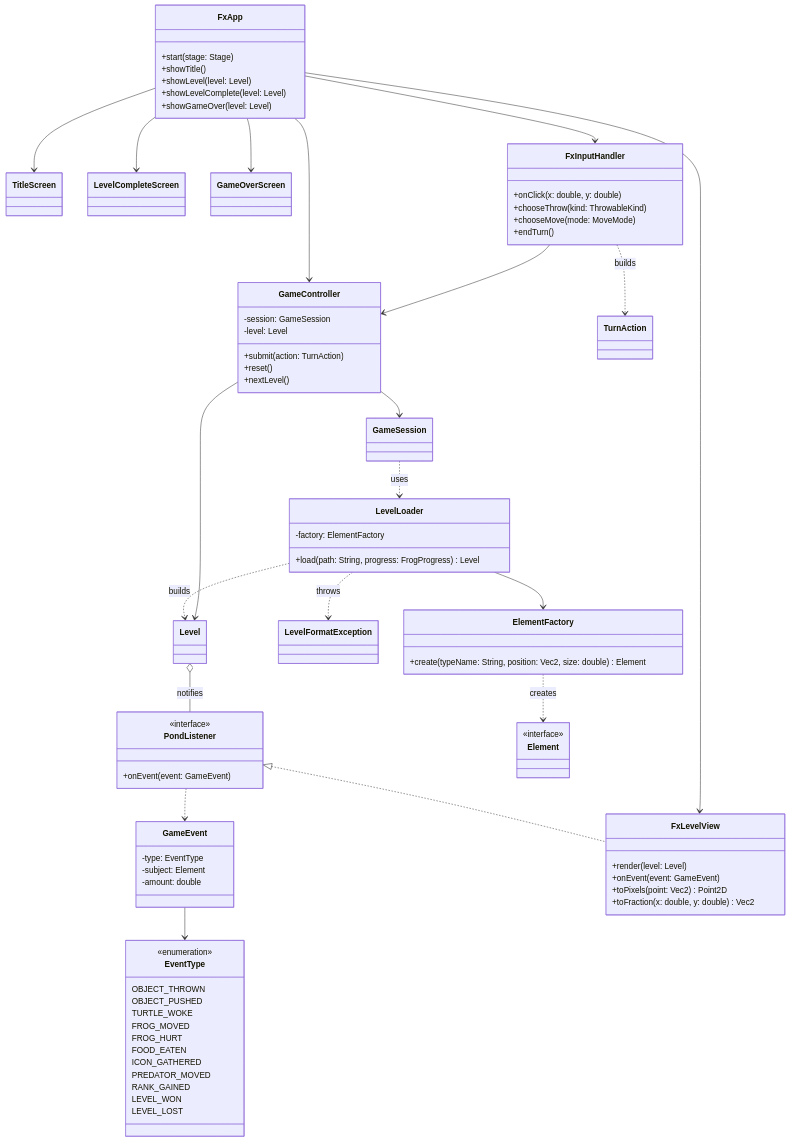
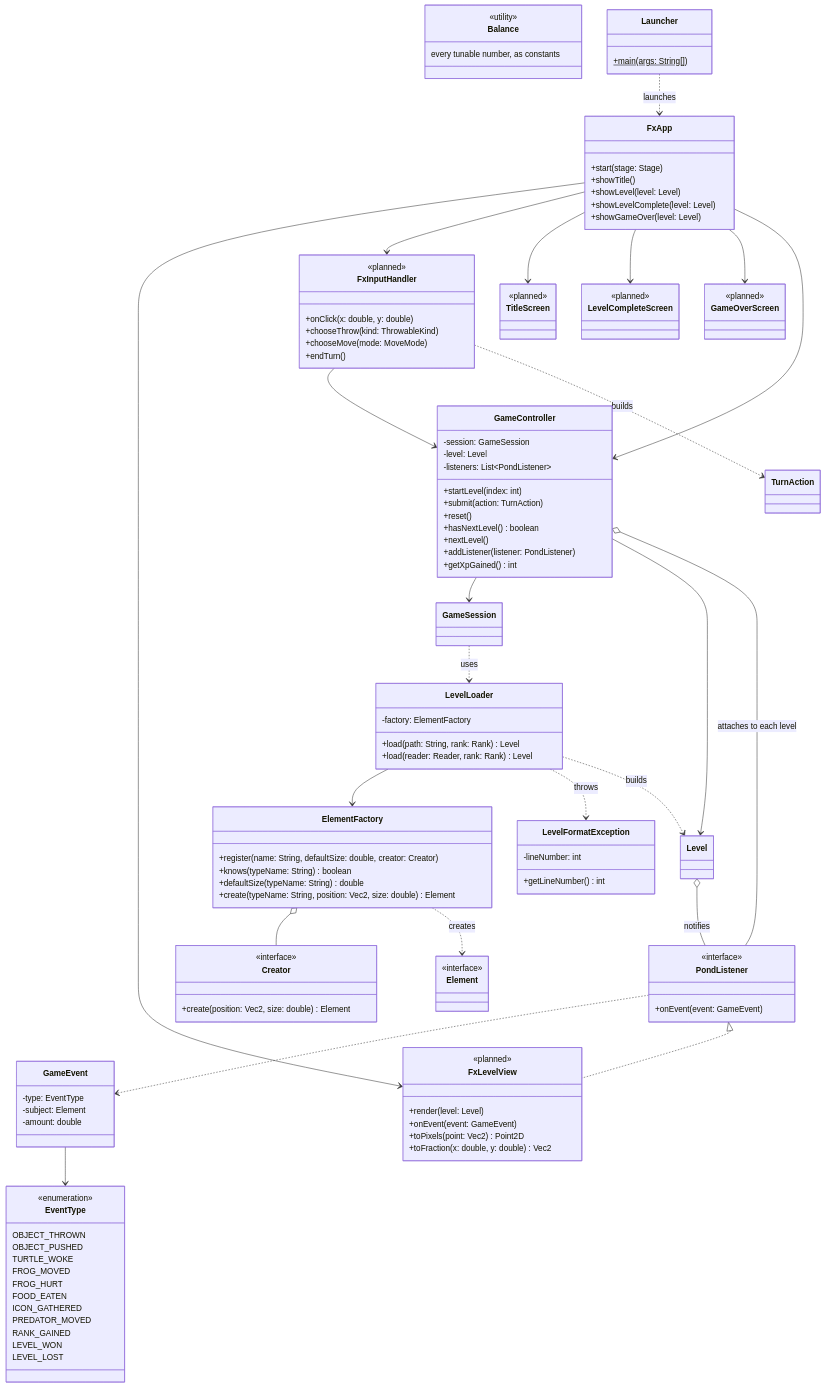
One commit to jonathandeveloper26-bit/JavaGame changed the fourth of 4 diagrams in docs/RIPPLE_POND_UML.md. Above: the diagram before and after it, drawn with Mermaid. The commit also changed other lines of this file, not shown here.

First line of the commit message:
Update the UML to version 3, matching the code (J11)

```diff
--- a/docs/RIPPLE_POND_UML.md
+++ b/docs/RIPPLE_POND_UML.md
@@ -403,12 +481,27 @@
 
 class LevelLoader {
   -factory: ElementFactory
-  +load(path: String, progress: FrogProgress) Level
+  +load(path: String, rank: Rank) Level
+  +load(reader: Reader, rank: Rank) Level
 }
 class ElementFactory {
+  +register(name: String, defaultSize: double, creator: Creator)
+  +knows(typeName: String) boolean
+  +defaultSize(typeName: String) double
   +create(typeName: String, position: Vec2, size: double) Element
 }
-class LevelFormatException
+class Creator {
+  <<interface>>
+  +create(position: Vec2, size: double) Element
+}
+class LevelFormatException {
+  -lineNumber: int
+  +getLineNumber() int
+}
+class Balance {
+  <<utility>>
+  every tunable number, as constants
+}
 class PondListener {
   <<interface>>
   +onEvent(event: GameEvent)
@@ -435,9 +528,17 @@
 class GameController {
   -session: GameSession
   -level: Level
+  -listeners: List~PondListener~
+  +startLevel(index: int)
   +submit(action: TurnAction)
   +reset()
+  +hasNextLevel() boolean
   +nextLevel()
+  +addListener(listener: PondListener)
+  +getXpGained() int
+}
+class Launcher {
+  +main(args: String[])$
 }
 class FxApp {
   +start(stage: Stage)
@@ -447,15 +548,20 @@
   +showGameOver(level: Level)
 }
 class TitleScreen
+<<planned>> TitleScreen
 class LevelCompleteScreen
+<<planned>> LevelCompleteScreen
 class GameOverScreen
+<<planned>> GameOverScreen
 class FxLevelView {
+  <<planned>>
   +render(level: Level)
   +onEvent(event: GameEvent)
   +toPixels(point: Vec2) Point2D
   +toFraction(x: double, y: double) Vec2
 }
 class FxInputHandler {
+  <<planned>>
   +onClick(x: double, y: double)
   +chooseThrow(kind: ThrowableKind)
   +chooseMove(mode: MoveMode)
@@ -468,6 +574,7 @@
 <<interface>> Element
 
 LevelLoader --> ElementFactory
+ElementFactory o-- Creator
 LevelLoader ..> LevelFormatException : throws
 LevelLoader ..> Level : builds
 ElementFactory ..> Element : creates
@@ -478,6 +585,8 @@
 PondListener <|.. FxLevelView
 GameController --> GameSession
 GameController --> Level
+GameController o-- PondListener : attaches to each level
+Launcher ..> FxApp : launches
 FxApp --> FxLevelView
 FxApp --> FxInputHandler
 FxApp --> TitleScreen
```
